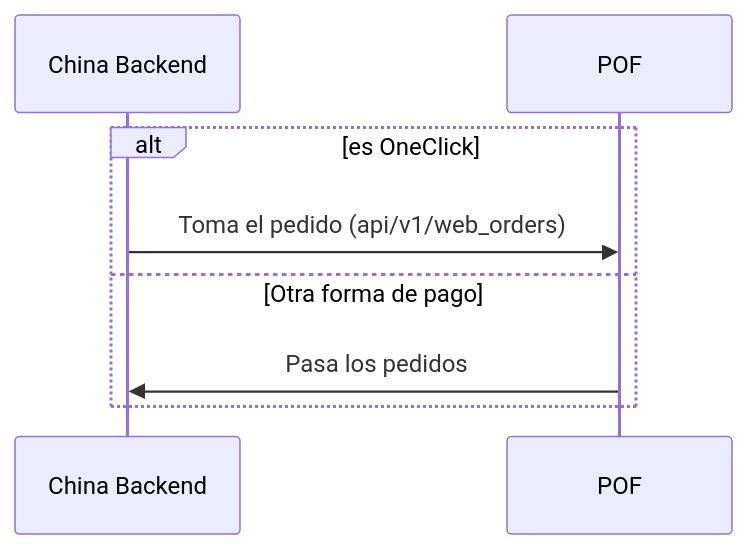
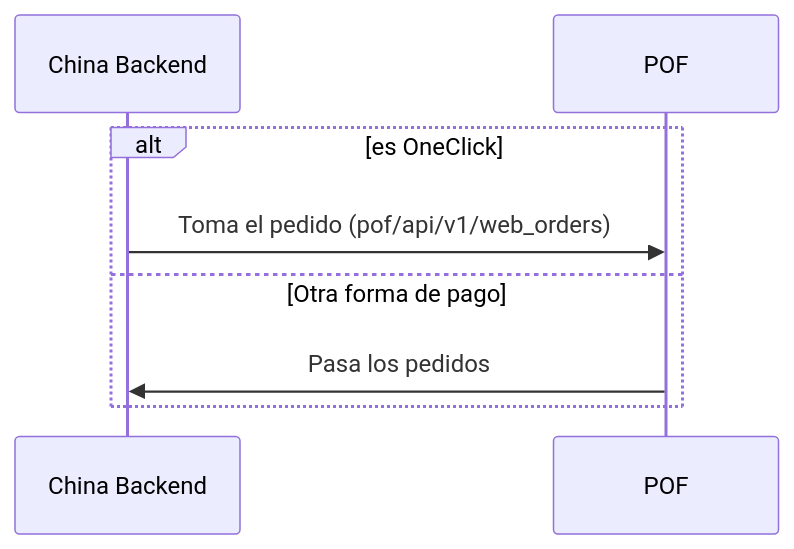
One commit to javix70/personal_obsidian changed the diagram in 100_niufoods/03_projects/china_backend/requests/0004_cupones.md. Above: the diagram before and after it, drawn with Mermaid. The commit also changed 1 other file, not shown here.

Commit message:
vault backup: 2023-07-24 08:57:09

````diff
--- a/100_niufoods/03_projects/china_backend/requests/0004_cupones.md
+++ b/100_niufoods/03_projects/china_backend/requests/0004_cupones.md
@@ -47,11 +47,11 @@
 ```mermaid
 sequenceDiagram
     participant CB as China Backend
     participant P as POF
 
     alt es OneClick
-        CB->>P: Toma el pedido (api/v1/web_orders)
+        CB->>P: Toma el pedido (pof/api/v1/web_orders)
     else Otra forma de pago
-        P->>CB: Pasa los pedidos
+        P->>CB: Pasa los pedidos 
     end
 ```
````
